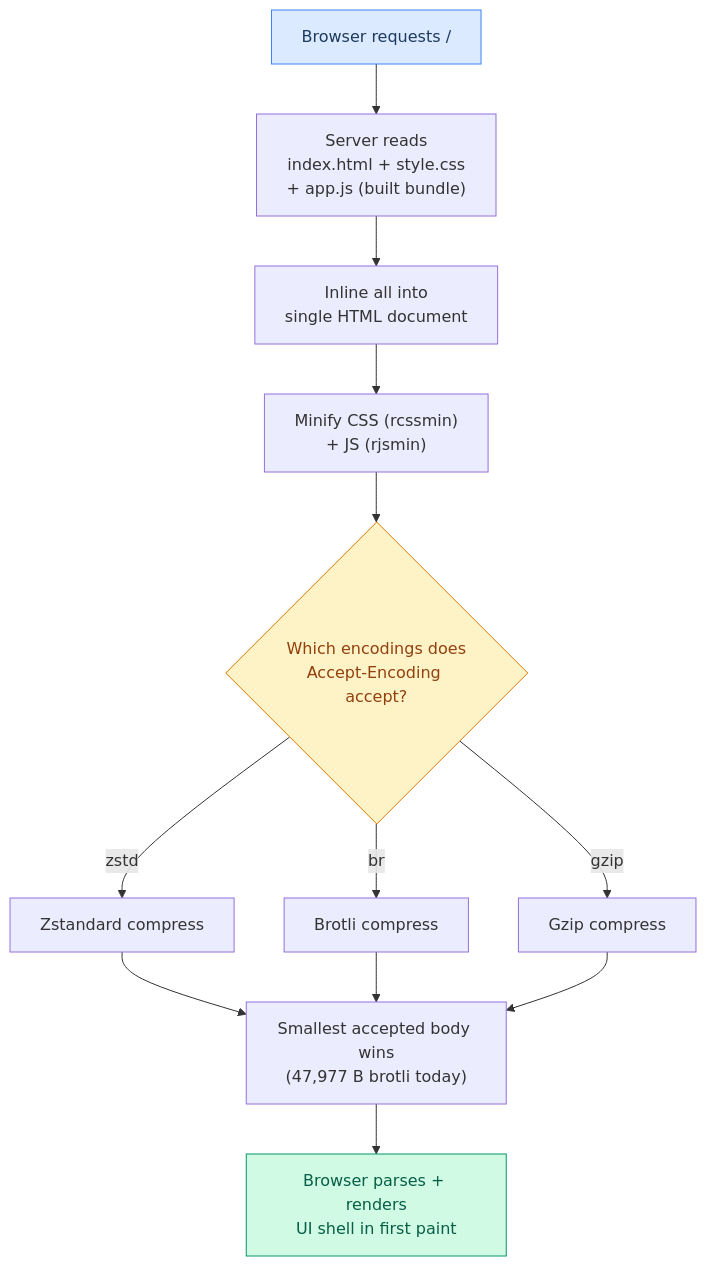
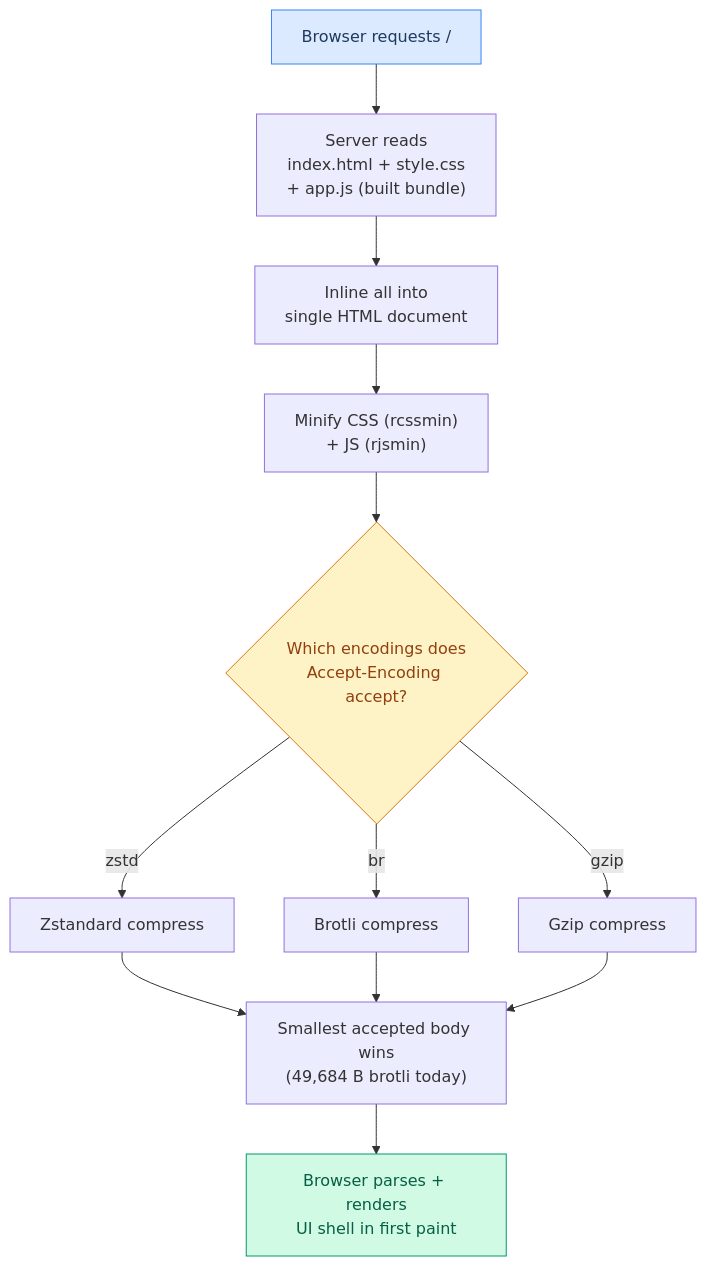
Diagram 16 of 18 in docs/USER_STORIES.md (maci0/recoverage), drawn with Mermaid before and after one commit. The commit also changed other lines of this file and 3 other files, not shown here.

````diff
--- a/docs/USER_STORIES.md
+++ b/docs/USER_STORIES.md
@@ -519,18 +519,18 @@
 ```mermaid
 graph TD
     A["Browser requests /"] --> B["Server reads<br/>index.html + style.css<br/>+ app.js (built bundle)"]
     B --> C["Inline all into<br/>single HTML document"]
     C --> D["Minify CSS (rcssmin)<br/>+ JS (rjsmin)"]
     D --> E{"Which encodings does<br/>Accept-Encoding accept?"}
     E -->|zstd| F["Zstandard compress"]
     E -->|br| G["Brotli compress"]
     E -->|gzip| H["Gzip compress"]
-    F --> I["Smallest accepted body wins<br/>(47,977 B brotli today)"]
+    F --> I["Smallest accepted body wins<br/>(49,684 B brotli today)"]
     G --> I
     H --> I
     I --> J["Browser parses + renders<br/>UI shell in first paint"]
 
     style A fill:#dbeafe,stroke:#3b82f6,color:#1e3a5f
     style J fill:#d1fae5,stroke:#059669,color:#065f46
     style E fill:#fef3c7,stroke:#d97706,color:#92400e
 ```
````
